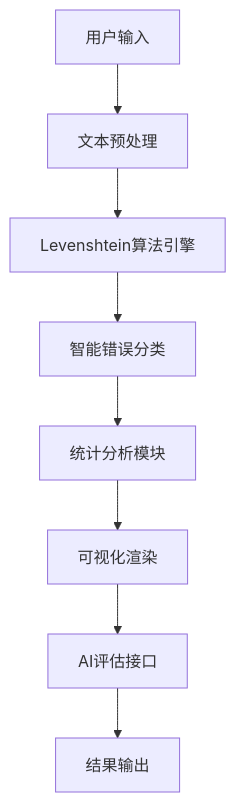
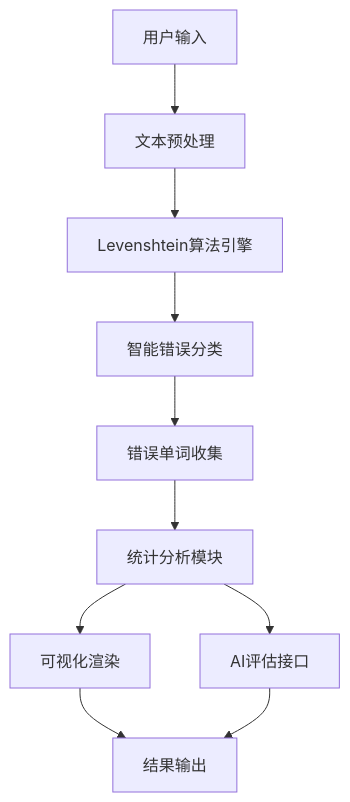
Before and after one commit to SMTVCCC/jiancha: the diagram in README.md, drawn with Mermaid. The commit also changed other lines of this file and 1 other file, not shown here.

````diff
--- a/README.md
+++ b/README.md
@@ -73,10 +76,12 @@
 ```mermaid
 graph TB
     A[用户输入] --> B[文本预处理]
     B --> C[Levenshtein算法引擎]
     C --> D[智能错误分类]
-    D --> E[统计分析模块]
-    E --> F[可视化渲染]
-    F --> G[AI评估接口]
-    G --> H[结果输出]
+    D --> E[错误单词收集]
+    E --> F[统计分析模块]
+    F --> G[可视化渲染]
+    F --> H[AI评估接口]
+    G --> I[结果输出]
+    H --> I
 ```
````
